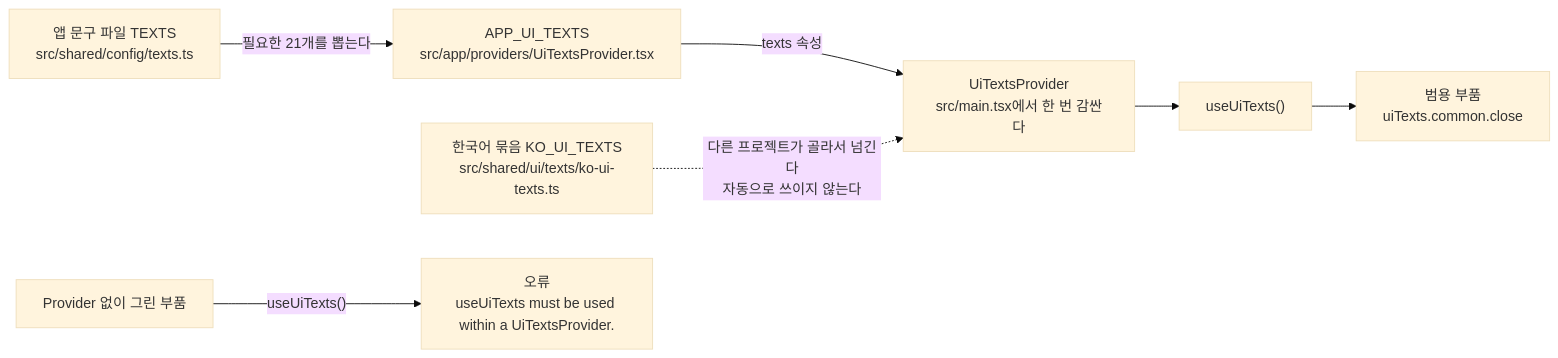
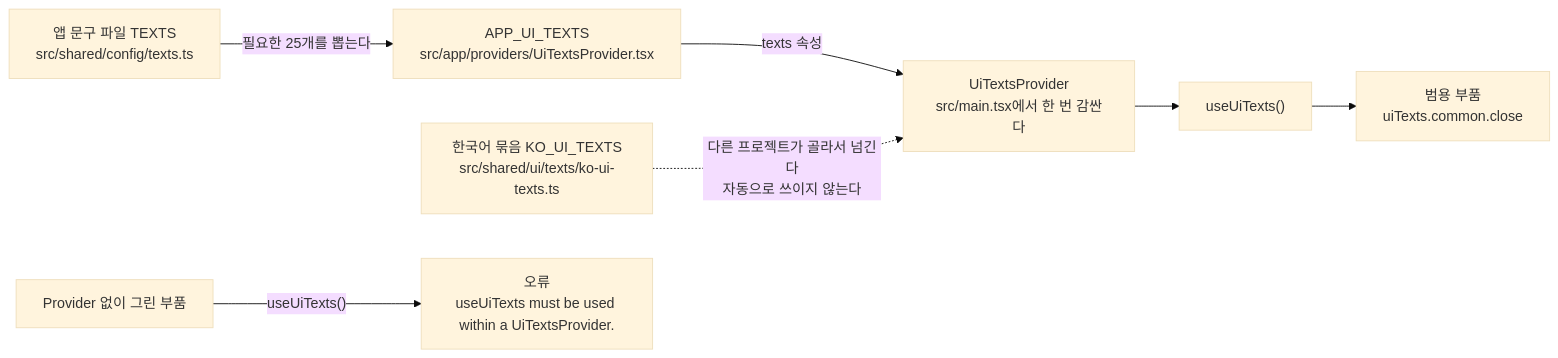
The first of 3 diagrams in docs/DESIGN-SYSTEM-PRINCIPLES.md (BAECHAN/link-sphere_FE_NEW), drawn with Mermaid (base theme) before and after one commit. The commit also changed other lines of this file and 15 other files, not shown here.

````diff
--- a/docs/DESIGN-SYSTEM-PRINCIPLES.md
+++ b/docs/DESIGN-SYSTEM-PRINCIPLES.md
@@ -68,9 +68,9 @@
 ```mermaid
 flowchart LR
-    T["앱 문구 파일 TEXTS<br/>src/shared/config/texts.ts"] -->|"필요한 21개를 뽑는다"| A["APP_UI_TEXTS<br/>src/app/providers/UiTextsProvider.tsx"]
+    T["앱 문구 파일 TEXTS<br/>src/shared/config/texts.ts"] -->|"필요한 25개를 뽑는다"| A["APP_UI_TEXTS<br/>src/app/providers/UiTextsProvider.tsx"]
     A -->|"texts 속성"| P["UiTextsProvider<br/>src/main.tsx에서 한 번 감싼다"]
     K["한국어 묶음 KO_UI_TEXTS<br/>src/shared/ui/texts/ko-ui-texts.ts"] -.->|"다른 프로젝트가 골라서 넘긴다<br/>자동으로 쓰이지 않는다"| P
     P --> H["useUiTexts()"]
     H --> C["범용 부품<br/>uiTexts.common.close"]
     N["Provider 없이 그린 부품"] -->|"useUiTexts()"| E["오류<br/>useUiTexts must be used within a UiTextsProvider."]
 ```
````
